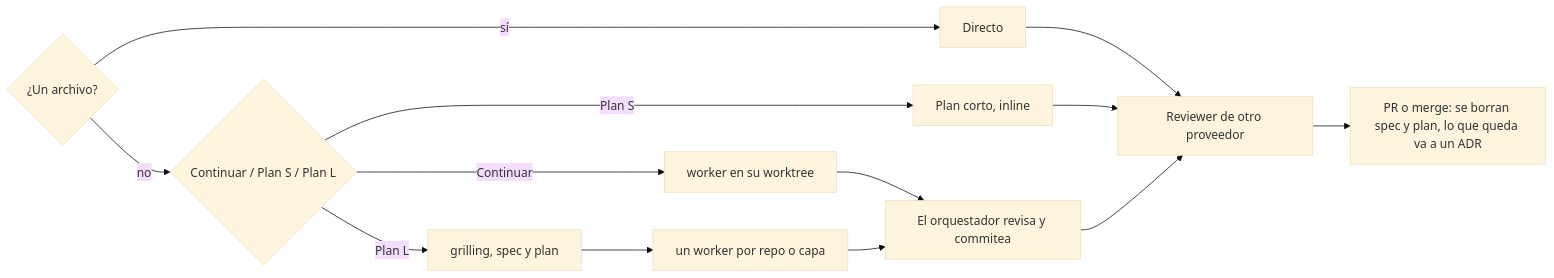
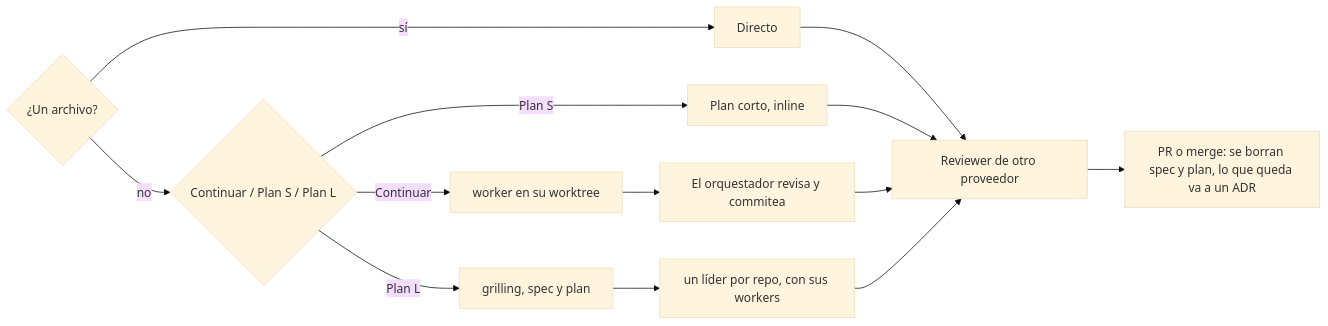
Before and after one commit to LorenGrz/agents-config: the diagram in README.md, drawn with Mermaid (base theme). The commit also changed other lines of this file and 8 other files, not shown here.

First line of the commit message:
feat(orquestación): un líder por repo cuando el trabajo cruza repos (ADR 0036)

````diff
--- a/README.md
+++ b/README.md
@@ -50,10 +50,10 @@
 ```mermaid
 flowchart LR
   Q{"¿Un archivo?"} -- sí --> D[Directo]
   Q -- no --> P{"Continuar / Plan S / Plan L"}
   P -- Continuar --> W[worker en su worktree]
   P -- Plan S --> S[Plan corto, inline]
-  P -- Plan L --> G[grilling, spec y plan] --> WL[un worker por repo o capa]
-  W & WL --> O[El orquestador revisa y commitea]
-  D & S & O --> R[Reviewer de otro proveedor] --> M["PR o merge: se borran spec y plan, lo que queda va a un ADR"]
+  P -- Plan L --> G[grilling, spec y plan] --> WL[un líder por repo, con sus workers]
+  W --> O[El orquestador revisa y commitea]
+  D & S & O & WL --> R[Reviewer de otro proveedor] --> M["PR o merge: se borran spec y plan, lo que queda va a un ADR"]
 ```
````
